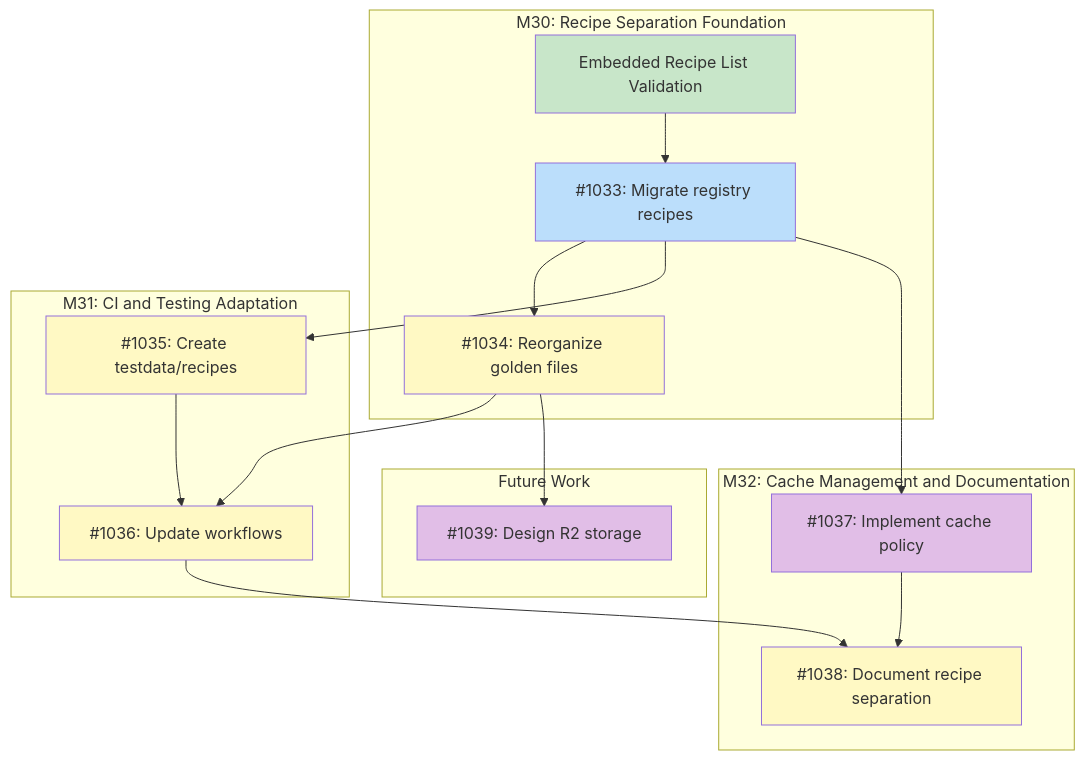
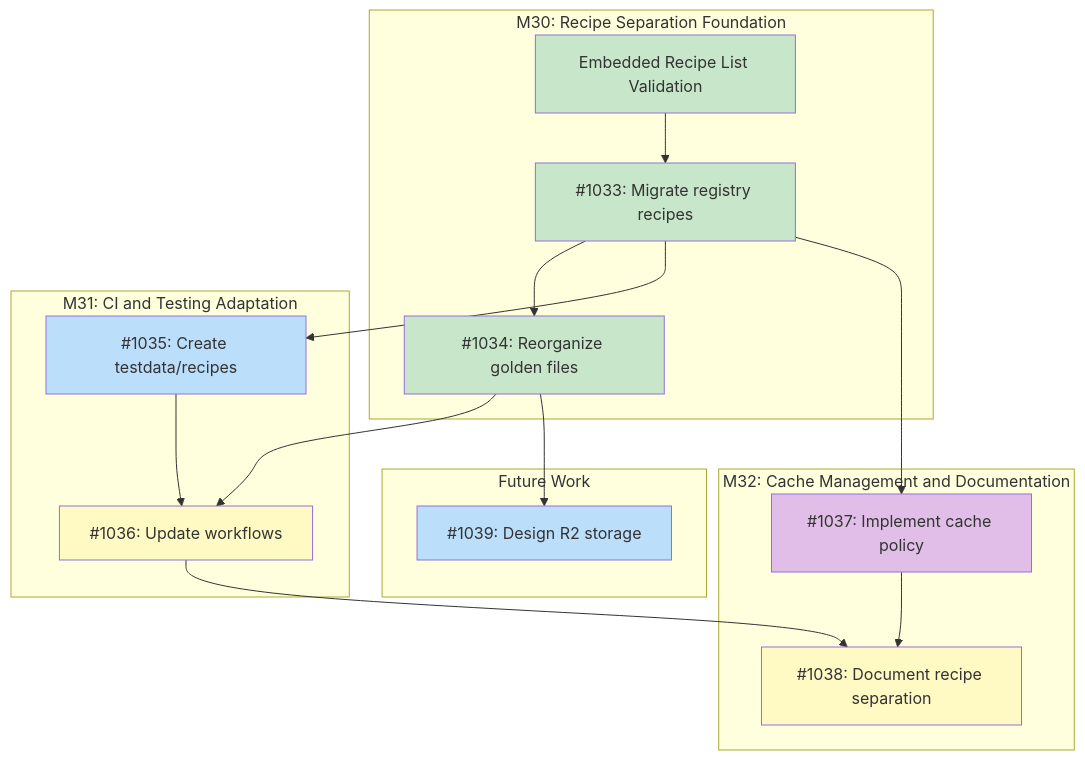
The diagram in docs/designs/DESIGN-recipe-registry-separation.md (tsukumogami/tsuku), drawn with Mermaid before and after one commit. The commit also changed other lines of this file and 44 other files, not shown here.

````diff
--- a/docs/designs/DESIGN-recipe-registry-separation.md
+++ b/docs/designs/DESIGN-recipe-registry-separation.md
@@ -46,43 +46,45 @@
 ```mermaid
 graph TD
     subgraph M30["M30: Recipe Separation Foundation"]
         ERLV["Embedded Recipe List Validation"]
         I1033["#1033: Migrate registry recipes"]
         I1034["#1034: Reorganize golden files"]
     end
 
     subgraph M31["M31: CI and Testing Adaptation"]
         I1035["#1035: Create testdata/recipes"]
         I1036["#1036: Update workflows"]
     end
 
     subgraph M32["M32: Cache Management and Documentation"]
         I1037["#1037: Implement cache policy"]
         I1038["#1038: Document recipe separation"]
     end
 
     subgraph Future["Future Work"]
         I1039["#1039: Design R2 storage"]
     end
 
     ERLV --> I1033
     I1033 --> I1034
     I1033 --> I1035
     I1033 --> I1037
     I1034 --> I1036
     I1035 --> I1036
     I1034 --> I1039
     I1036 --> I1038
     I1037 --> I1038
 
     classDef done fill:#c8e6c9
     classDef ready fill:#bbdefb
     classDef blocked fill:#fff9c4
     classDef needsDesign fill:#e1bee7
 
     class ERLV done
-    class I1033 ready
-    class I1034,I1035,I1036,I1038 blocked
+    class I1033 done
+    class I1034 done
+    class I1035 ready
+    class I1036,I1038 blocked
     class I1037 needsDesign
-    class I1039 needsDesign
+    class I1039 ready
 ```
````
